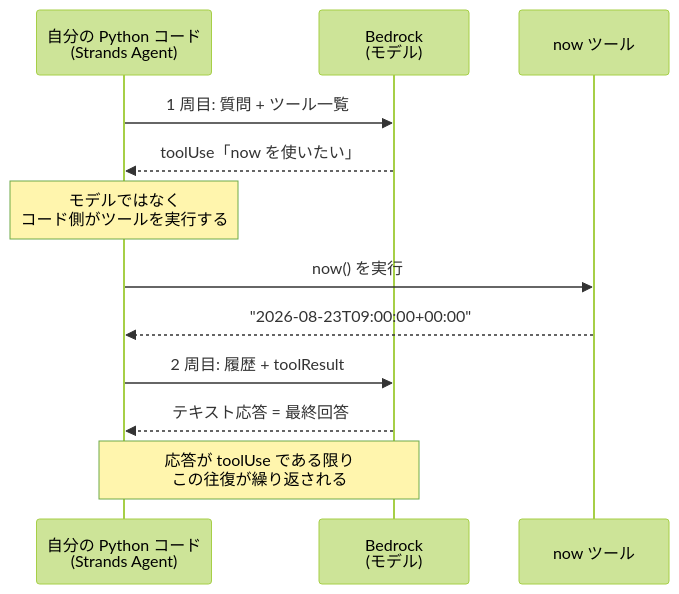
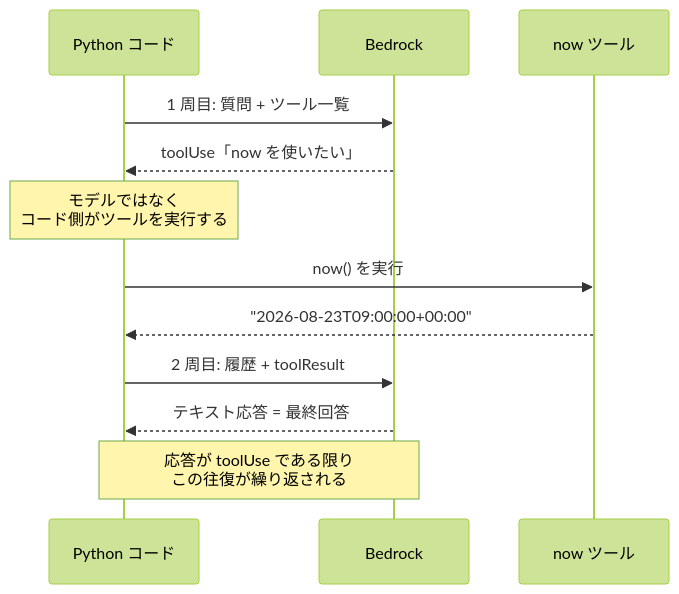
Before and after one commit to Relic-Kamakura/agent-platform: the diagram in 1-basic/02-agent-loop/README.md, drawn with Mermaid (forest theme). The commit also changed other lines of this file and 18 other files, not shown here.

Commit message:
Mermaid 図を古いレンダラでも描ける書き方に統一し、文体を整える

````diff
--- a/1-basic/02-agent-loop/README.md
+++ b/1-basic/02-agent-loop/README.md
@@ -42,15 +42,15 @@
 ```mermaid
 sequenceDiagram
-    participant Code as 自分の Python コード<br/>(Strands Agent)
-    participant Model as Bedrock<br/>(モデル)
+    participant Code as Python コード
+    participant Model as Bedrock
     participant Tool as now ツール
 
     Code->>Model: 1 周目: 質問 + ツール一覧
     Model-->>Code: toolUse「now を使いたい」
     Note over Code: モデルではなく<br/>コード側がツールを実行する
     Code->>Tool: now() を実行
     Tool-->>Code: "2026-08-23T09:00:00+00:00"
     Code->>Model: 2 周目: 履歴 + toolResult
     Model-->>Code: テキスト応答 = 最終回答
     Note over Code,Model: 応答が toolUse である限り<br/>この往復が繰り返される
 ```
````
